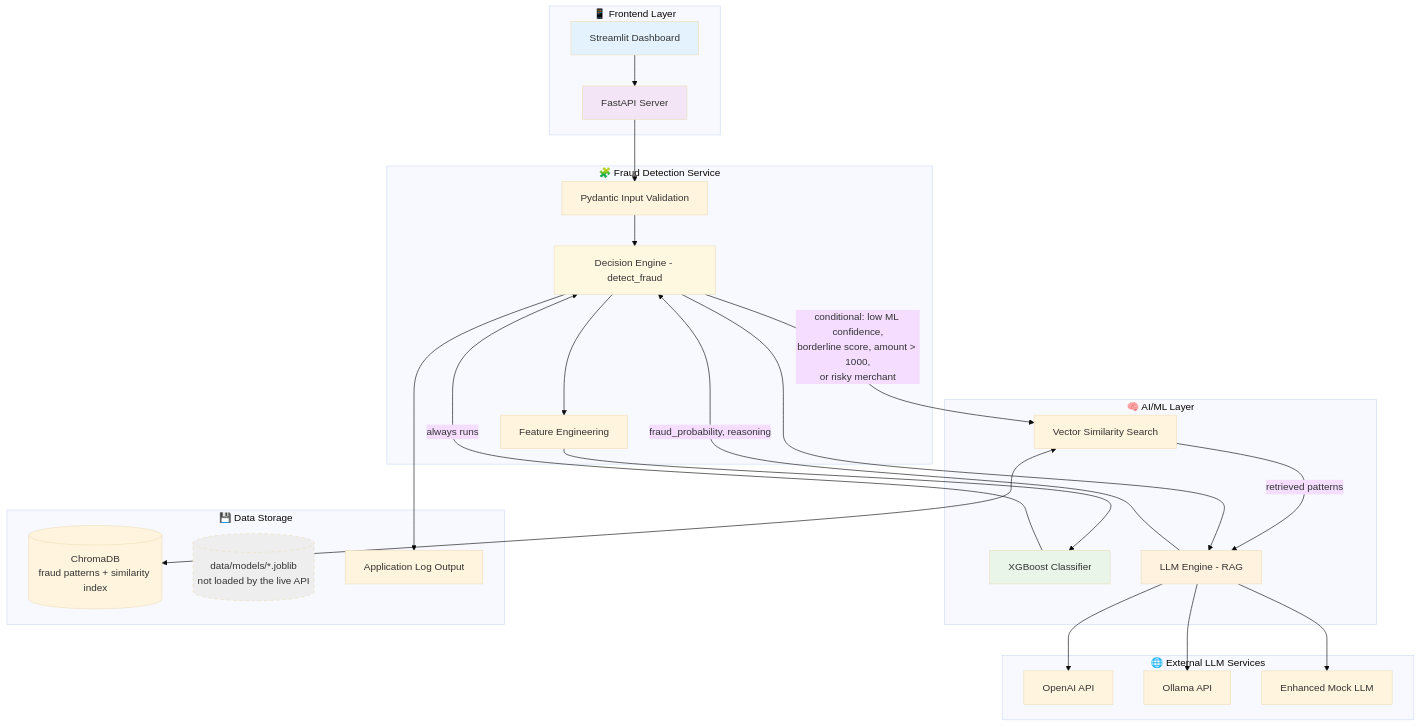
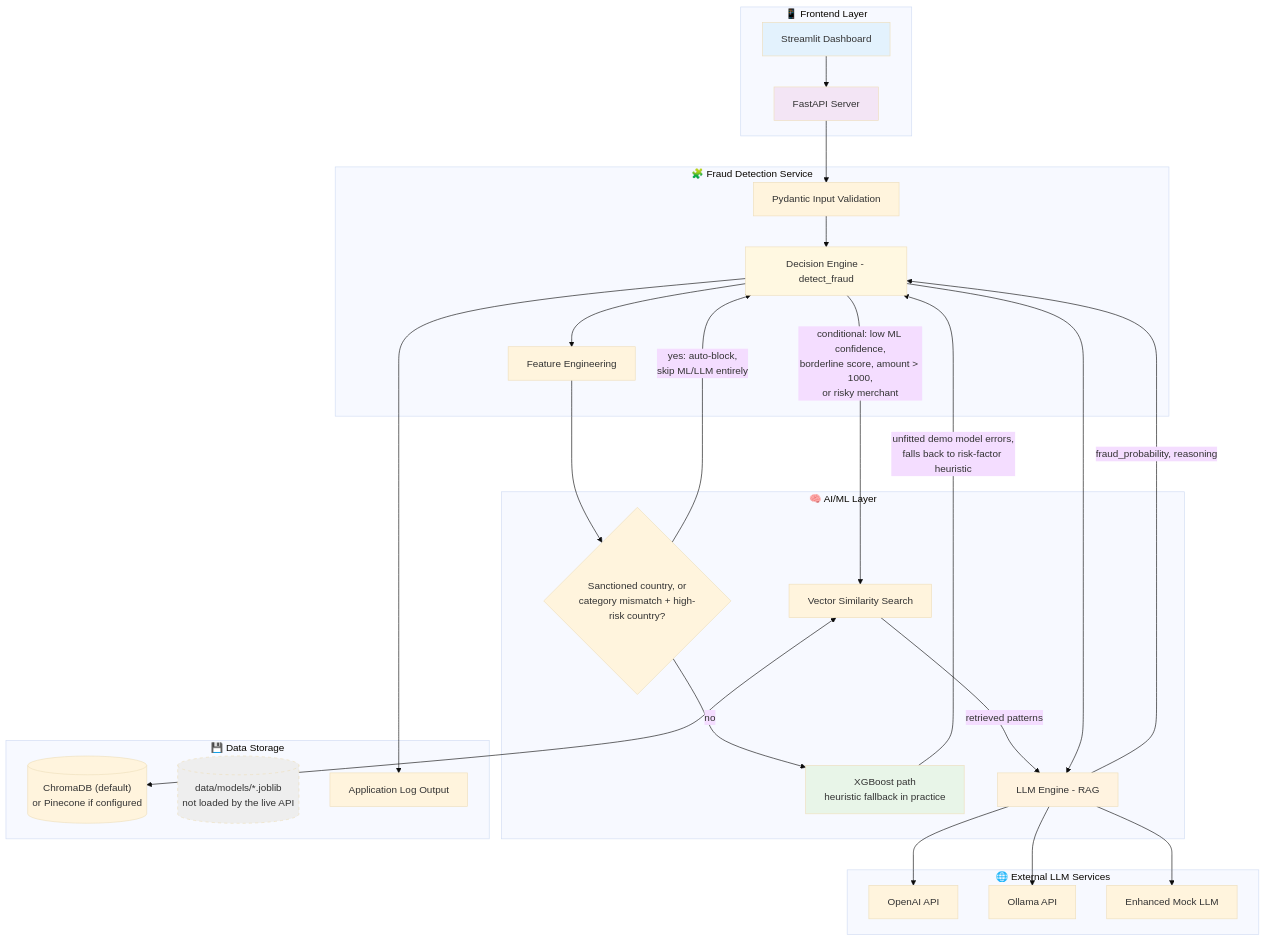
The second of 5 diagrams in MLProjects/creditcardfrauddetection/README.md (guruthanglearning/AILearning), drawn with Mermaid (base theme) before and after one commit. The commit also changed other lines of this file, not shown here.

Commit message:
Address Codex review: hard-block short-circuit, heuristic fallback, Pinecone option
- Added a hard-block decision node before the ML path - detect_fraud()
  returns early for sanctioned countries or category-mismatch +
  high-risk-country combos, before ML screening ever runs.
- Relabeled the XGBoost node/edge: the demo XGBClassifier is never
  fitted, so predict_proba() raises and the code falls through to a
  risk-factor heuristic - that heuristic is what actually runs, not a
  working XGBoost prediction.
- Qualified the vector store as ChromaDB by default, Pinecone when
  configured (USE_PINECONE + package + API key), rather than always
  ChromaDB.

````diff
--- a/MLProjects/creditcardfrauddetection/README.md
+++ b/MLProjects/creditcardfrauddetection/README.md
@@ -1626,56 +1626,59 @@
 ```mermaid
 graph TB
     subgraph "📱 Frontend Layer"
         UI[Streamlit Dashboard]
         API[FastAPI Server]
     end
 
     subgraph "🧩 Fraud Detection Service"
         VALIDATION[Pydantic Input Validation]
         DECISION[Decision Engine - detect_fraud]
         FEATURE[Feature Engineering]
     end
 
     subgraph "🧠 AI/ML Layer"
-        XGB[XGBoost Classifier]
+        HARDBLOCK{Sanctioned country, or<br/>category mismatch + high-risk country?}
+        XGB[XGBoost path<br/>heuristic fallback in practice]
         VECTOR[Vector Similarity Search]
         LLM[LLM Engine - RAG]
     end
 
     subgraph "🌐 External LLM Services"
         OPENAI[OpenAI API]
         OLLAMA[Ollama API]
         MOCK[Enhanced Mock LLM]
     end
 
     subgraph "💾 Data Storage"
-        CHROMA[(ChromaDB<br/>fraud patterns + similarity index)]
+        CHROMA[("ChromaDB (default)<br/>or Pinecone if configured")]
         MODELS[("data/models/*.joblib<br/>not loaded by the live API")]
         LOGS[Application Log Output]
     end
 
     UI --> API
     API --> VALIDATION
     VALIDATION --> DECISION
     DECISION --> FEATURE
-    FEATURE --> XGB
-    XGB -->|always runs| DECISION
+    FEATURE --> HARDBLOCK
+    HARDBLOCK -->|"yes: auto-block,<br/>skip ML/LLM entirely"| DECISION
+    HARDBLOCK -->|no| XGB
+    XGB -->|"unfitted demo model errors,<br/>falls back to risk-factor heuristic"| DECISION
 
     DECISION -->|"conditional: low ML confidence,<br/>borderline score, amount > 1000,<br/>or risky merchant"| VECTOR
     VECTOR <--> CHROMA
     VECTOR -->|retrieved patterns| LLM
     DECISION --> LLM
     LLM --> OPENAI
     LLM --> OLLAMA
     LLM --> MOCK
     LLM -->|fraud_probability, reasoning| DECISION
 
     DECISION --> LOGS
 
     style UI fill:#e3f2fd
     style API fill:#f3e5f5
     style XGB fill:#e8f5e8
     style LLM fill:#fff3e0
     style DECISION fill:#fff8e1
     style MODELS fill:#eeeeee,stroke-dasharray: 5 5
 ```
````
